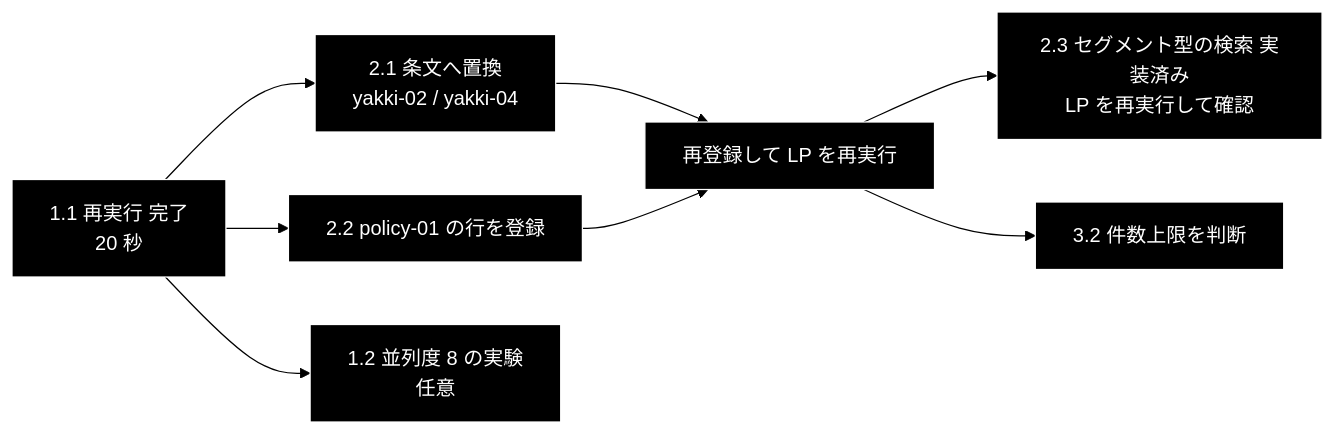
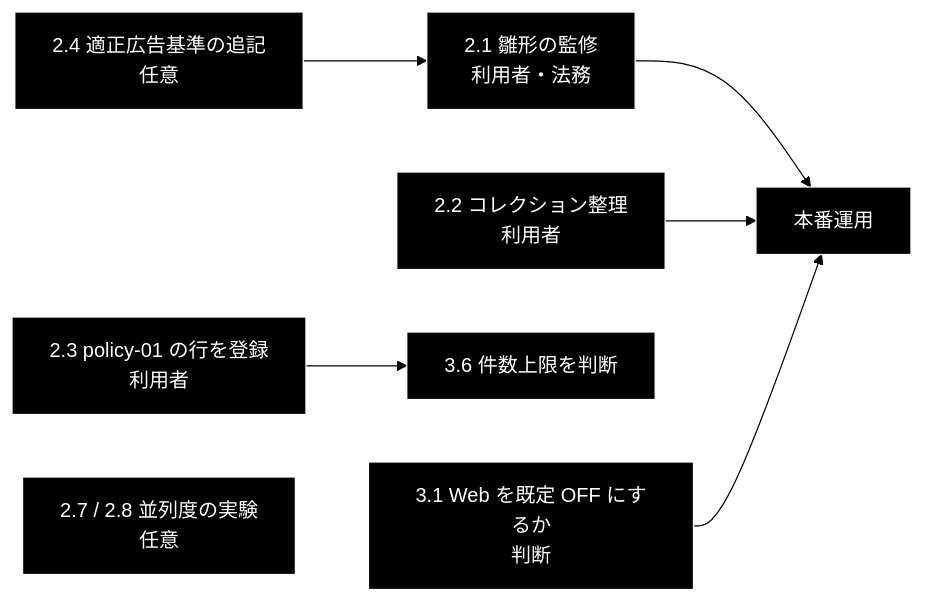
Before and after one commit to nakashima2toshio/grace_v2: the diagram in docs/review_rag_rules_todo.md, drawn with Mermaid (forest theme). The commit also changed other lines of this file and 2 other files, not shown here.

````diff
--- a/docs/review_rag_rules_todo.md
+++ b/docs/review_rag_rules_todo.md
@@ -149,13 +131,12 @@
 ```mermaid
 flowchart LR
-    A["1.1 再実行 完了<br>20 秒"] --> C["2.1 条文へ置換<br>yakki-02 / yakki-04"]
-    A --> D["2.2 policy-01 の行を登録"]
-    A --> B["1.2 並列度 8 の実験<br>任意"]
-    C --> E["再登録して LP を再実行"]
-    D --> E
-    E --> F["2.3 セグメント型の検索 実装済み<br>LP を再実行して確認"]
-    E --> G["3.2 件数上限を判断"]
+    A["2.1 雛形の監修<br>利用者・法務"] --> E["本番運用"]
+    B["2.2 コレクション整理<br>利用者"] --> E
+    C["2.3 policy-01 の行を登録<br>利用者"] --> F["3.6 件数上限を判断"]
+    D["2.4 適正広告基準の追記<br>任意"] --> A
+    G["3.1 Web を既定 OFF にするか<br>判断"] --> E
+    H["2.7 / 2.8 並列度の実験<br>任意"]
 classDef default fill:#000,stroke:#fff,color:#fff
 classDef subgraphStyle fill:#1a1a1a,stroke:#fff,color:#fff
-class A,B,C,D,E,F,G default
+class A,B,C,D,E,F,G,H default
 ```
````
